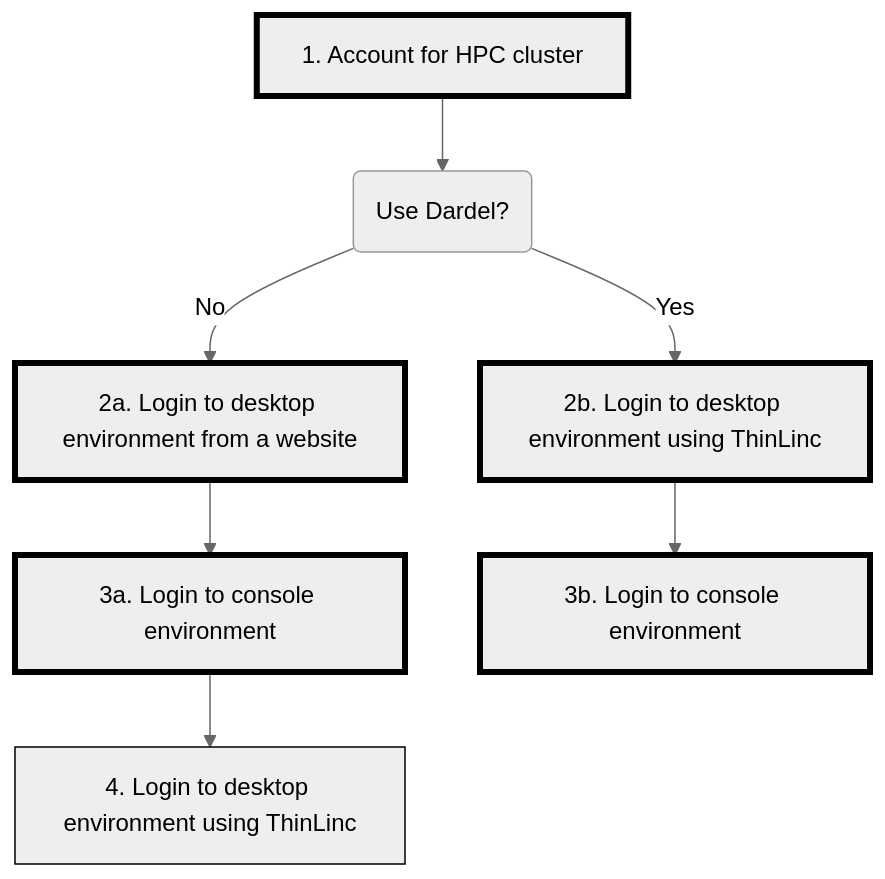
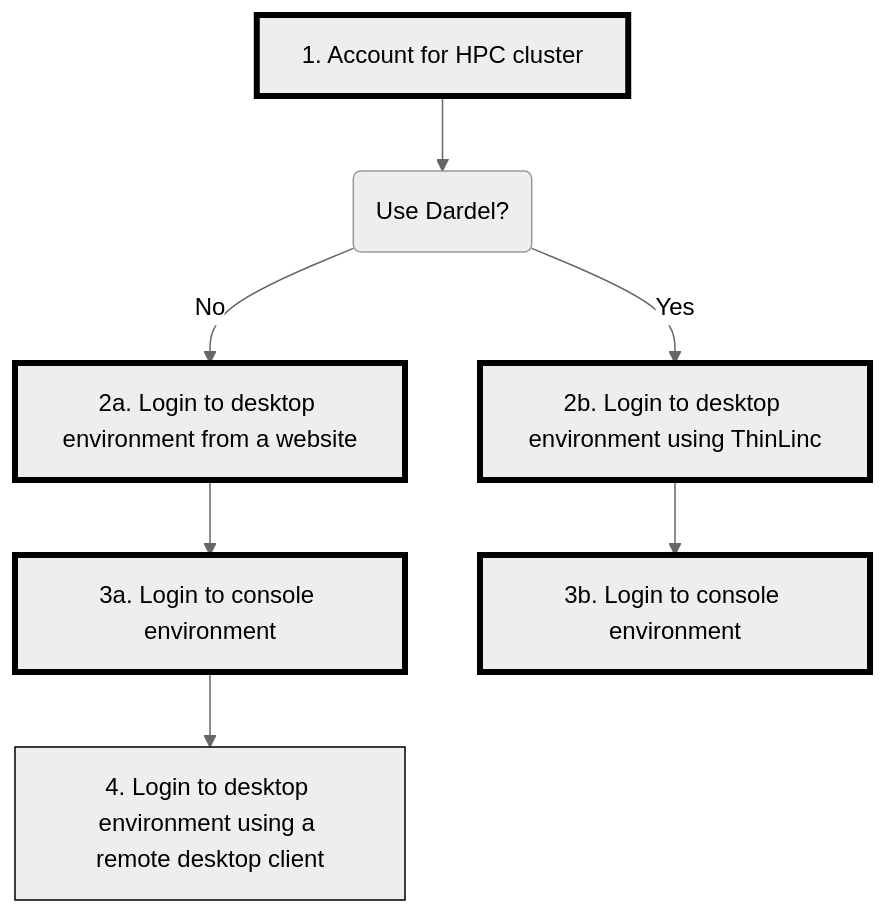
The diagram in docs/sessions/intro_connect/README.md (UPPMAX/naiss_file_transfer_course), drawn with Mermaid (neutral theme) before and after one commit. The commit also changed 3 other files, not shown here.

Commit message:
Use 'remote desktop client' (instead of ThinLinc, as there are multiple remote desktop clients)

````diff
--- a/docs/sessions/intro_connect/README.md
+++ b/docs/sessions/intro_connect/README.md
@@ -45,24 +45,24 @@
 ```mermaid
 flowchart TD
 
   classDef always stroke:#000,stroke-width:4px;
   classDef optional stroke:#000,stroke-width:1px;
 
   use_dardel(Use Dardel?)
   account[1. Account for HPC cluster]:::always
   login_desktop_website_no[2a. Login to desktop environment from a website]:::always
   login_console_no[3a. Login to console environment]:::always
-  login_desktop_tool_no[4. Login to desktop environment using ThinLinc]:::optional
+  login_desktop_tool_no[4. Login to desktop environment using a remote desktop client]:::optional
 
   login_console_yes[3b. Login to console environment]:::always
   login_desktop_tool_yes[2b. Login to desktop environment using ThinLinc]:::always
 
 
   account --> use_dardel
   use_dardel--> |No| login_desktop_website_no
   login_desktop_website_no --> login_console_no
   login_console_no --> login_desktop_tool_no
 
   use_dardel--> |Yes| login_desktop_tool_yes
   login_desktop_tool_yes --> login_console_yes
 ```
````
